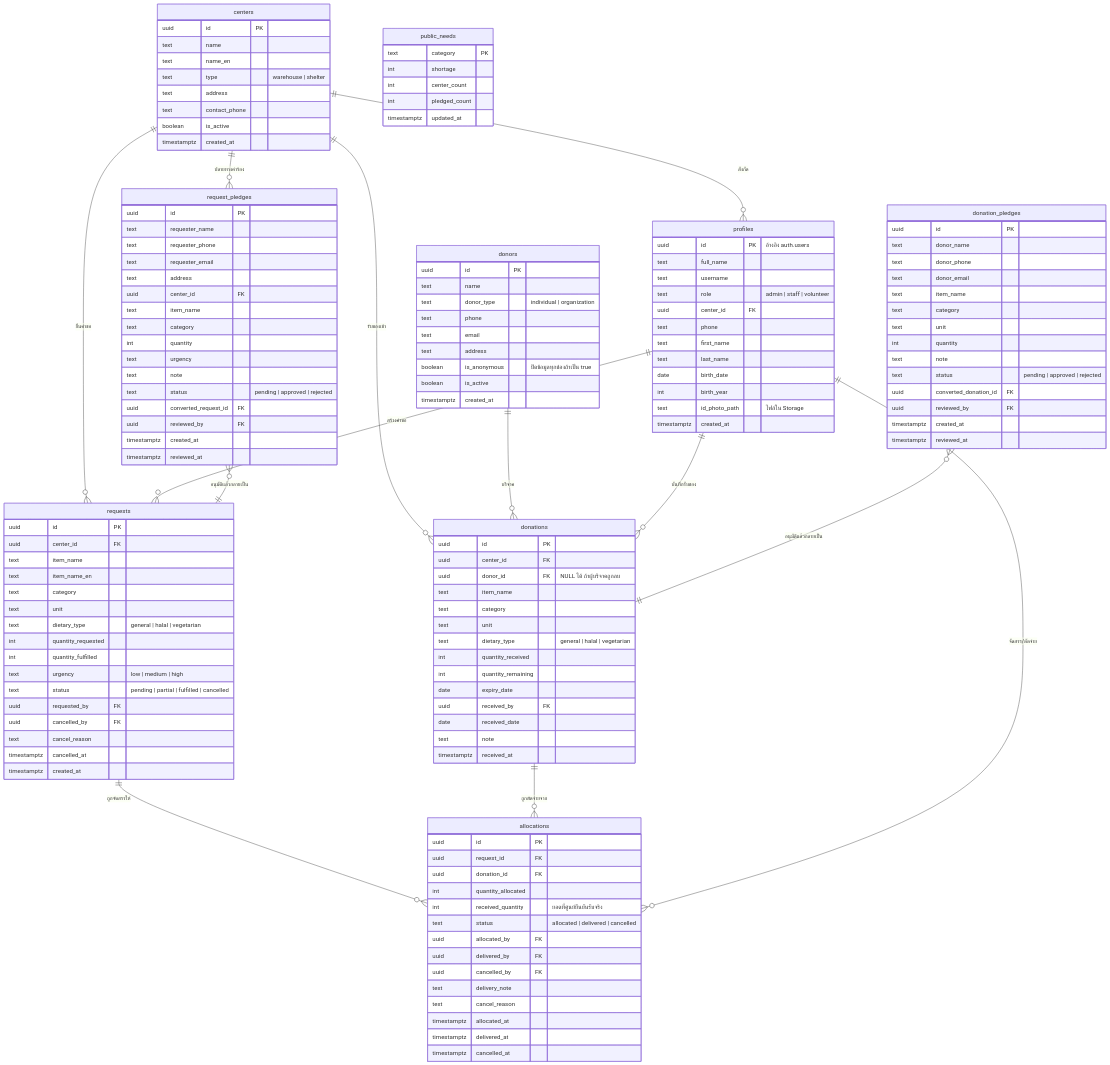
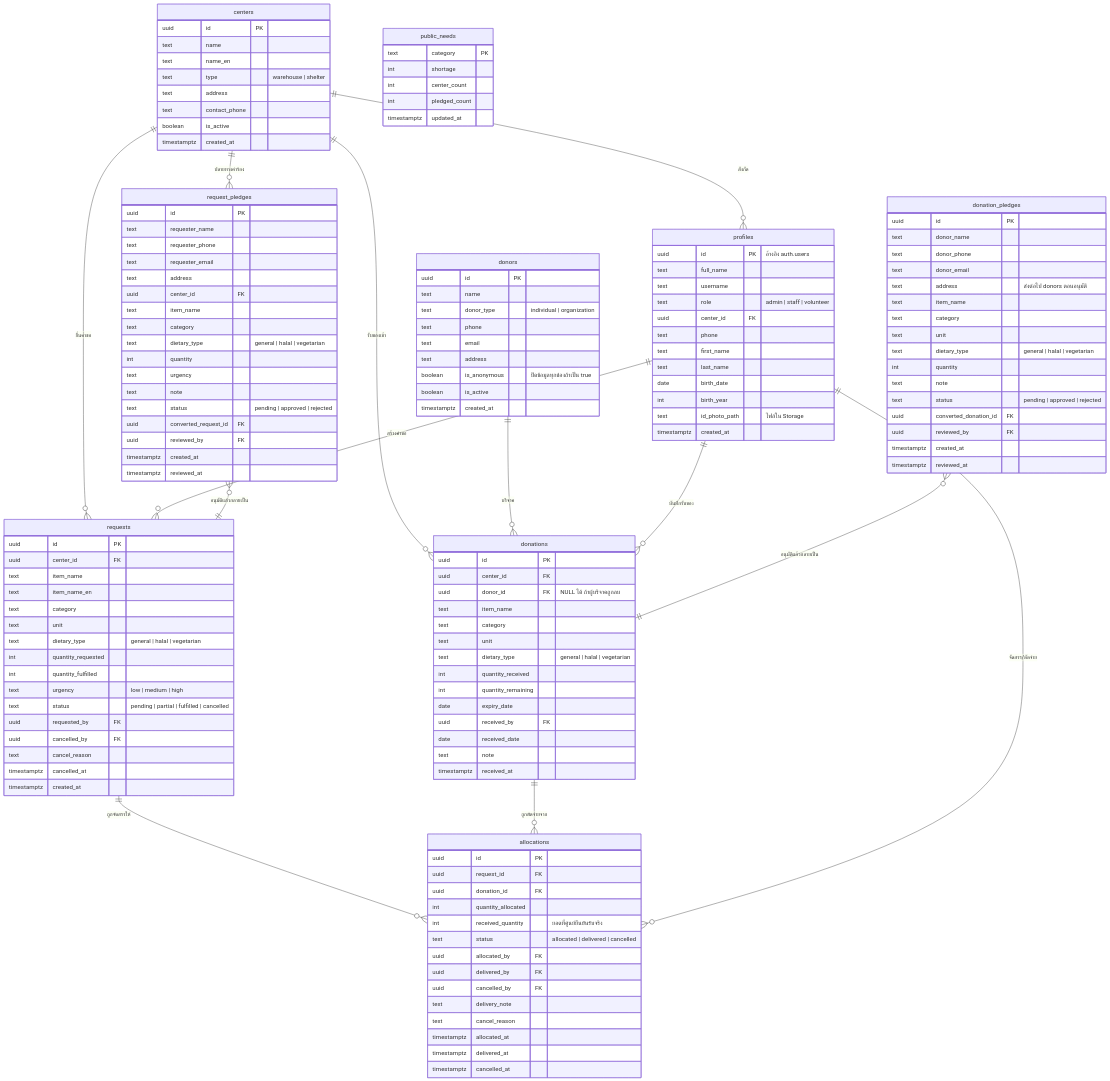
One commit to Agent00PED/disaster-relief changed the first of 2 diagrams in docs/diagrams.md. Above: the diagram before and after it, drawn with Mermaid. The commit also changed other lines of this file and 3 other files, not shown here.

```diff
--- a/docs/diagrams.md
+++ b/docs/diagrams.md
@@ -134,9 +134,11 @@
         text    donor_name
         text    donor_phone
         text    donor_email
+        text    address       "ส่งต่อไป donors ตอนอนุมัติ"
         text    item_name
         text    category
         text    unit
+        text    dietary_type  "general | halal | vegetarian"
         int     quantity
         text    note
         text    status        "pending | approved | rejected"
@@ -155,6 +157,7 @@
         uuid    center_id FK
         text    item_name
         text    category
+        text    dietary_type  "general | halal | vegetarian"
         int     quantity
         text    urgency
         text    note
```
